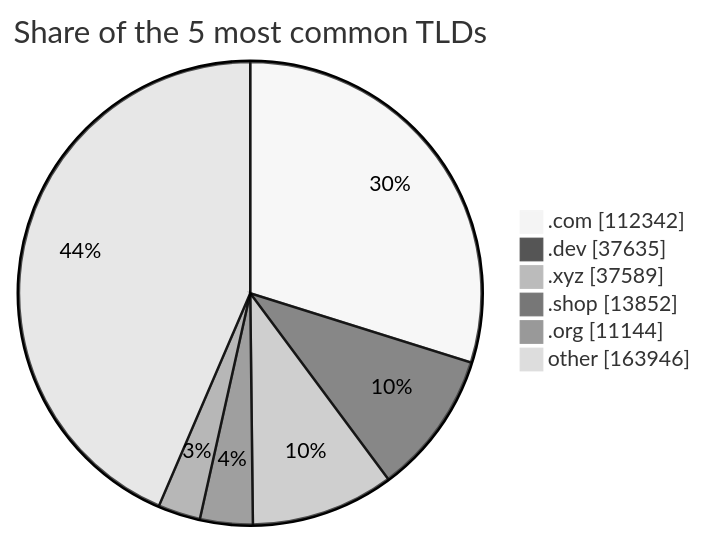
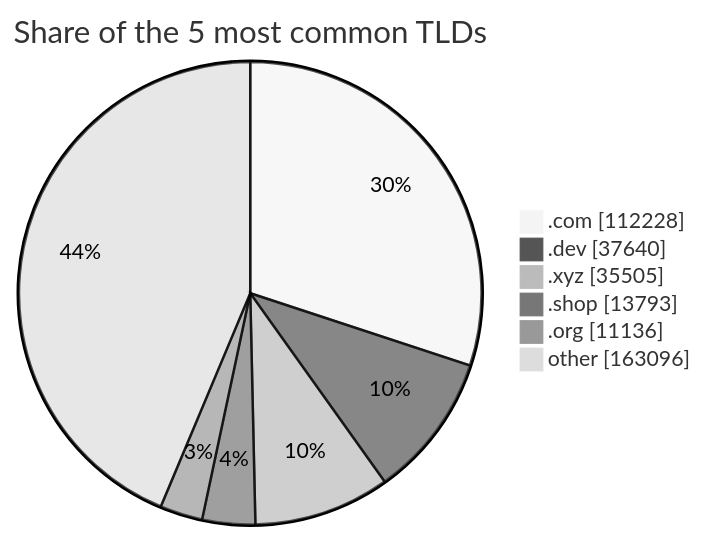
The third of 3 diagrams in README.md (DNSBunker/CTI), drawn with Mermaid (neutral theme) before and after one commit. The commit also changed other lines of this file and 3 other files, not shown here.

````diff
--- a/README.md
+++ b/README.md
@@ -81,9 +81,9 @@
 ```mermaid
 pie showData title Share of the 5 most common TLDs
-    ".com" : 112342
-    ".dev" : 37635
-    ".xyz" : 37589
-    ".shop" : 13852
-    ".org" : 11144
-    "other" : 163946
+    ".com" : 112228
+    ".dev" : 37640
+    ".xyz" : 35505
+    ".shop" : 13793
+    ".org" : 11136
+    "other" : 163096
 ```
````
